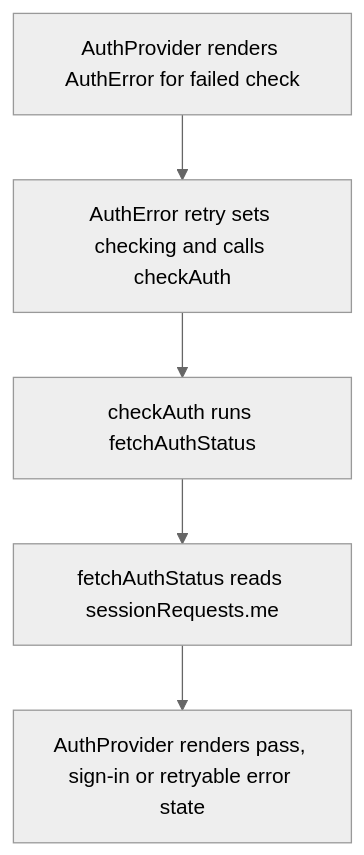
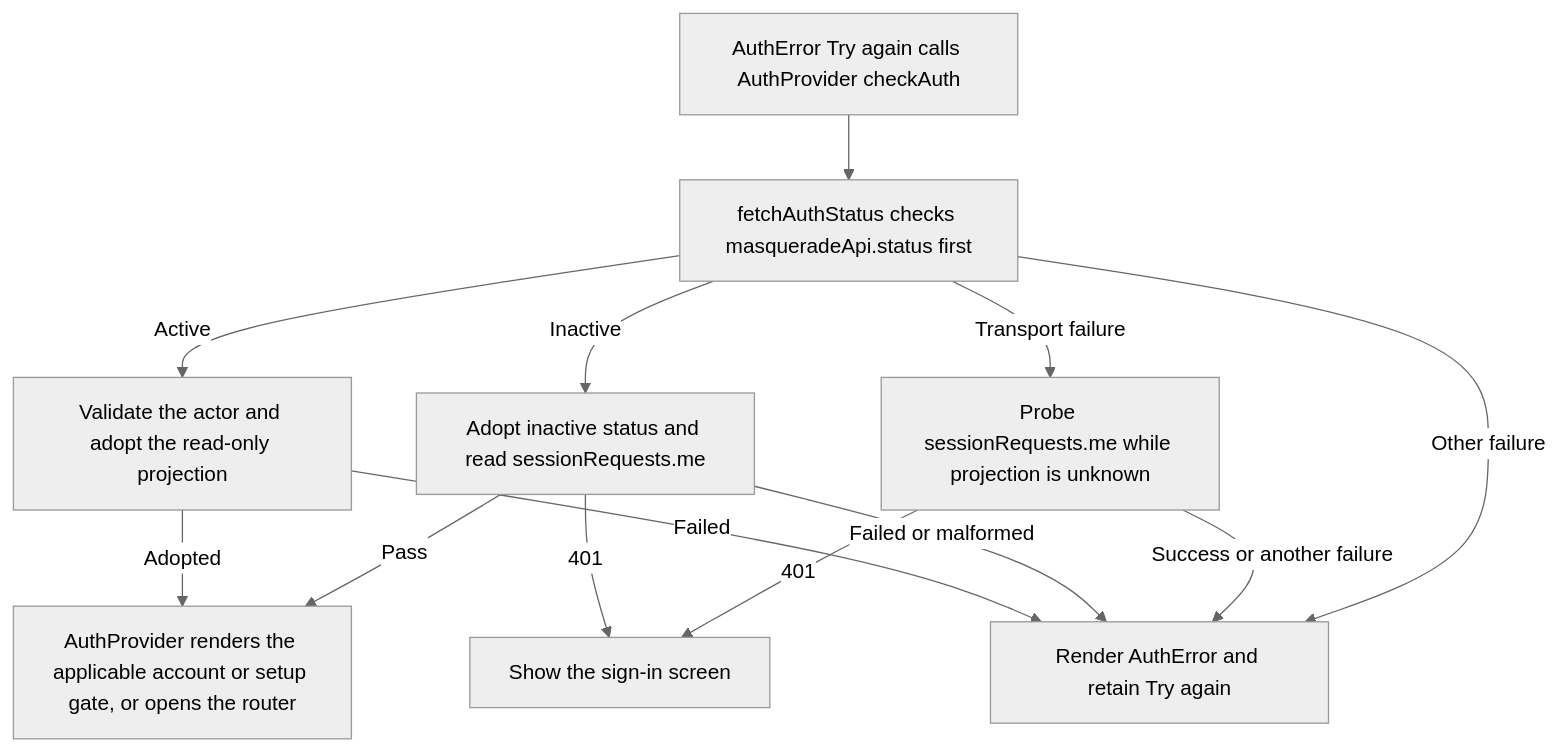
Before and after one commit to Kevinjohn/capacitylens: the second of 2 diagrams in user-stories/account/US-ACCOUNT-08-session-verification.md, drawn with Mermaid (neutral theme). The commit also changed other lines of this file and 172 other files, not shown here.

Commit message:
docs: reconcile user story code flows with source

````diff
--- a/user-stories/account/US-ACCOUNT-08-session-verification.md
+++ b/user-stories/account/US-ACCOUNT-08-session-verification.md
@@ -28,7 +28,15 @@
 ```mermaid
 flowchart TD
-  error["AuthProvider renders AuthError for failed check"] --> retry["AuthError retry sets checking and calls checkAuth"]
-  retry --> fetch["checkAuth runs fetchAuthStatus"]
-  fetch --> me["fetchAuthStatus reads sessionRequests.me"]
-  me --> status["AuthProvider renders pass, sign-in or retryable error state"]
+  retry["AuthError Try again calls AuthProvider checkAuth"] --> status["fetchAuthStatus checks masqueradeApi.status first"]
+  status -->|Active| projected["Validate the actor and adopt the read-only projection"]
+  status -->|Inactive| me["Adopt inactive status and read sessionRequests.me"]
+  status -->|Transport failure| fallback["Probe sessionRequests.me while projection is unknown"]
+  status -->|Other failure| error["Render AuthError and retain Try again"]
+  fallback -->|401| signIn["Show the sign-in screen"]
+  fallback -->|Success or another failure| error
+  me -->|401| signIn
+  me -->|Failed or malformed| error
+  me -->|Pass| gates["AuthProvider renders the applicable account or setup gate, or opens the router"]
+  projected -->|Adopted| gates
+  projected -->|Failed| error
 ```
````
